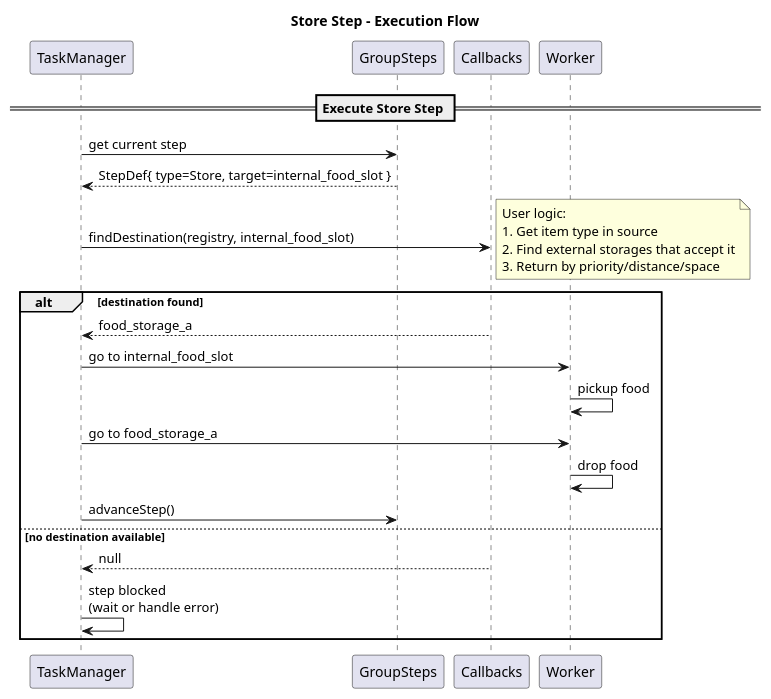
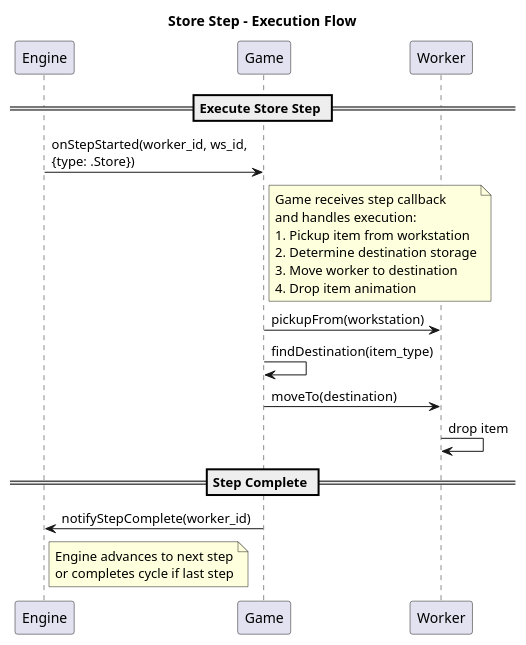
The diagram in uml/store_step_flow.puml (labelle-toolkit/labelle-tasks), drawn with PlantUML before and after one commit. The commit also changed 41 other files, not shown here.

```diff
--- a/uml/store_step_flow.puml
+++ b/uml/store_step_flow.puml
@@ -1,34 +1,35 @@
 @startuml store_step_flow
 title Store Step - Execution Flow
 
-participant "TaskManager" as tm
-participant "GroupSteps" as steps
-participant "Callbacks" as cb
+participant "Engine" as engine
+participant "Game" as game
 participant "Worker" as worker
 
 == Execute Store Step ==
 
-tm -> steps : get current step
-steps --> tm : StepDef{ type=Store, target=internal_food_slot }
+engine -> game : onStepStarted(worker_id, ws_id,\n{type: .Store})
 
-tm -> cb : findDestination(registry, internal_food_slot)
-note right
-  User logic:
-  1. Get item type in source
-  2. Find external storages that accept it
-  3. Return by priority/distance/space
+note right of game
+  Game receives step callback
+  and handles execution:
+  1. Pickup item from workstation
+  2. Determine destination storage
+  3. Move worker to destination
+  4. Drop item animation
 end note
 
-alt destination found
-  cb --> tm : food_storage_a
-  tm -> worker : go to internal_food_slot
-  worker -> worker : pickup food
-  tm -> worker : go to food_storage_a
-  worker -> worker : drop food
-  tm -> steps : advanceStep()
-else no destination available
-  cb --> tm : null
-  tm -> tm : step blocked\n(wait or handle error)
-end
+game -> worker : pickupFrom(workstation)
+
+game -> game : findDestination(item_type)
+game -> worker : moveTo(destination)
+worker -> worker : drop item
+
+== Step Complete ==
+game -> engine : notifyStepComplete(worker_id)
+
+note right of engine
+  Engine advances to next step
+  or completes cycle if last step
+end note
 
 @enduml
```
